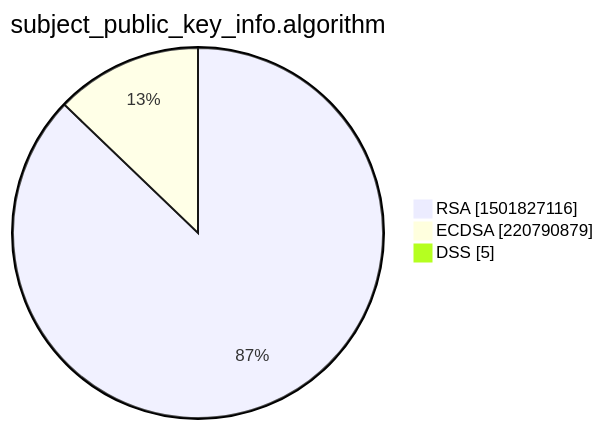
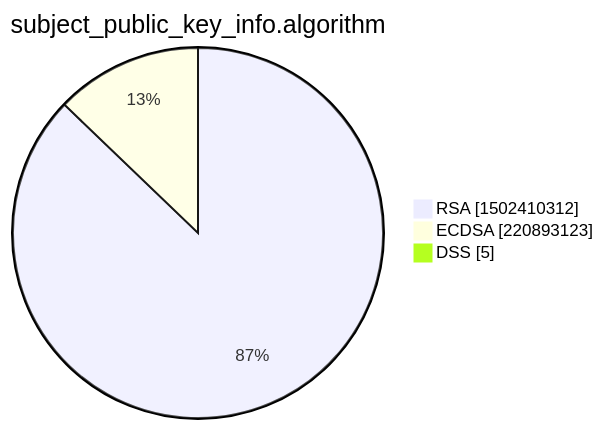
Before and after one commit to christiankrug/ctmonitor_visualization: the third of 15 diagrams in xenon2022/README.md, drawn with Mermaid. The commit also changed other lines of this file, not shown here.

````diff
--- a/xenon2022/README.md
+++ b/xenon2022/README.md
@@ -14,7 +14,7 @@
 ```mermaid
 pie showData
 title subject_public_key_info.algorithm
-"RSA" :1501827116
-"ECDSA" :220790879
+"RSA" :1502410312
+"ECDSA" :220893123
 "DSS" :5
 ```
````
